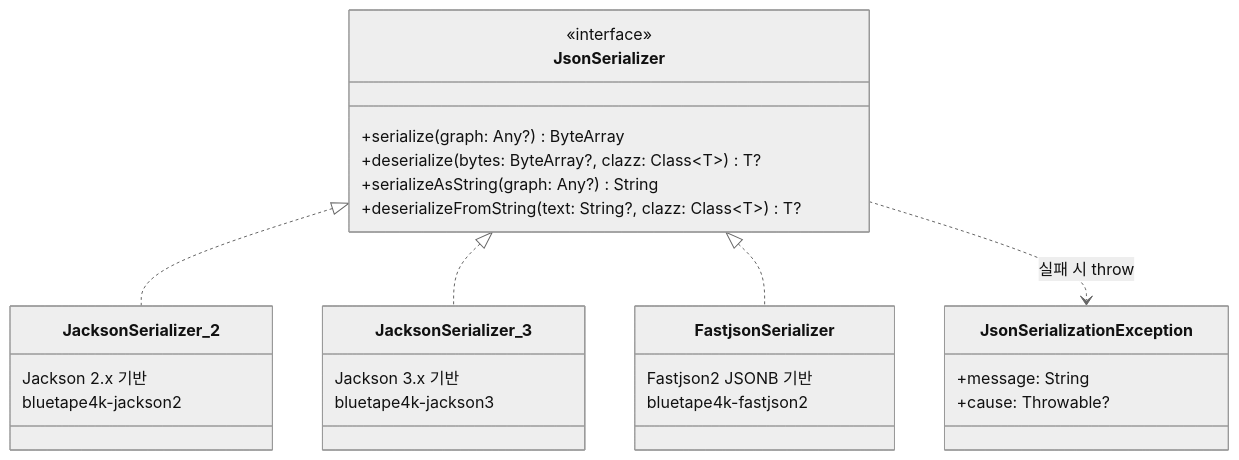
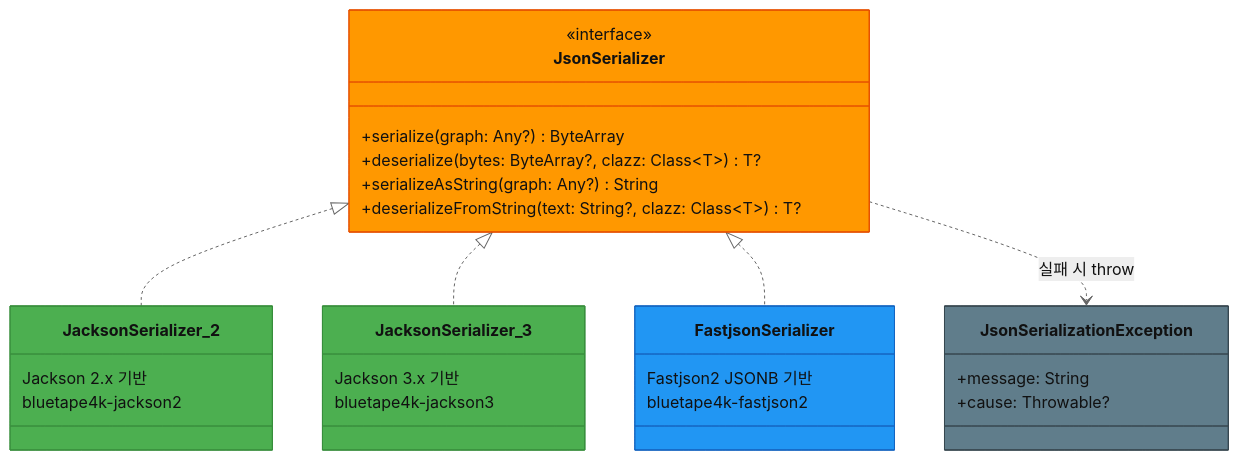
Before and after one commit to bluetape4k/bluetape4k-projects: the first of 2 diagrams in io/json/README.md, drawn with Mermaid (neutral theme). The commit also changed 74 other files, not shown here.

First line of the commit message:
docs: bluetape4k/core/coroutines/logging, io/feign~vertx README 색상 Mermaid UML 추가

````diff
--- a/io/json/README.md
+++ b/io/json/README.md
@@ -84,35 +84,41 @@
 ```mermaid
 classDiagram
-    class JsonSerializer {
+    class JsonSerializer:::serializerStyle {
         <<interface>>
         +serialize(graph: Any?) ByteArray
         +deserialize(bytes: ByteArray?, clazz: Class~T~) T?
         +serializeAsString(graph: Any?) String
         +deserializeFromString(text: String?, clazz: Class~T~) T?
     }
 
-    class JsonSerializationException {
+    class JsonSerializationException:::ioStyle {
         +message: String
         +cause: Throwable?
     }
 
-    class JacksonSerializer_2 {
+    class JacksonSerializer_2:::extensionStyle {
         Jackson 2.x 기반
         bluetape4k-jackson2
     }
 
-    class JacksonSerializer_3 {
+    class JacksonSerializer_3:::extensionStyle {
         Jackson 3.x 기반
         bluetape4k-jackson3
     }
 
-    class FastjsonSerializer {
+    class FastjsonSerializer:::codecStyle {
         Fastjson2 JSONB 기반
         bluetape4k-fastjson2
     }
 
     JsonSerializer <|.. JacksonSerializer_2
     JsonSerializer <|.. JacksonSerializer_3
     JsonSerializer <|.. FastjsonSerializer
     JsonSerializer ..> JsonSerializationException : 실패 시 throw
+
+    classDef serializerStyle fill:#FF9800,stroke:#E65100
+    classDef extensionStyle fill:#4CAF50,stroke:#388E3C
+    classDef codecStyle fill:#2196F3,stroke:#1565C0
+    classDef ioStyle fill:#607D8B,stroke:#37474F
+    classDef encryptStyle fill:#F44336,stroke:#B71C1C
 ```
````
